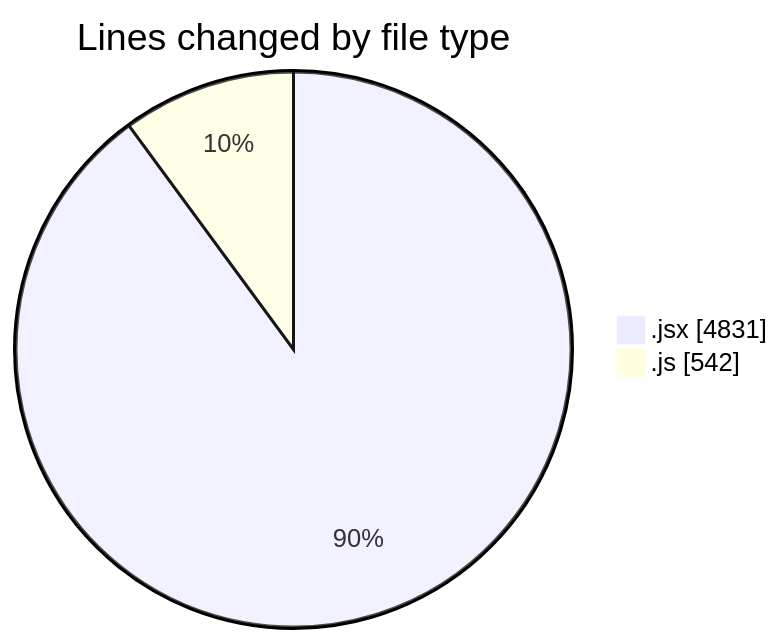
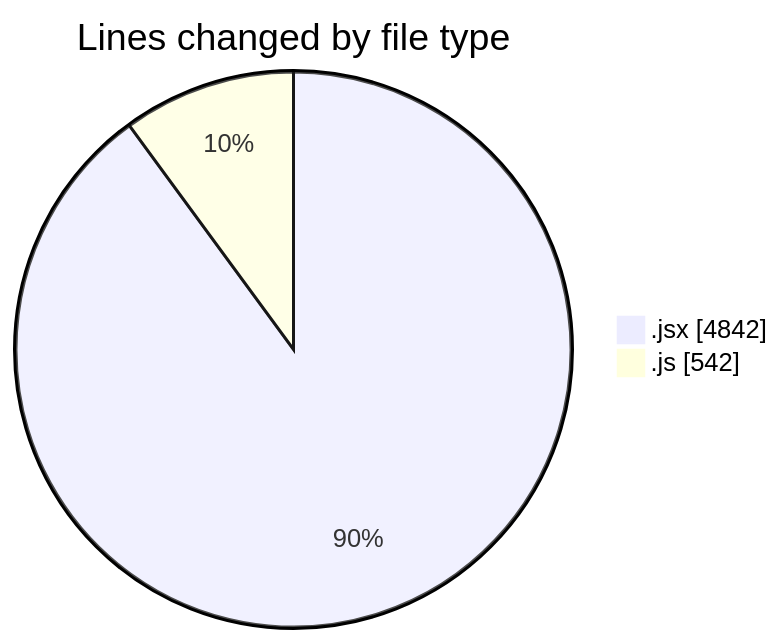
One commit to nxtqubesakshisongat/code-tracking changed the first of 2 diagrams in 2026-01-07/nxtqube_webapp/README.md. Above: the diagram before and after it, drawn with Mermaid. The commit also changed other lines of this file and 1 other file, not shown here.

````diff
--- a/2026-01-07/nxtqube_webapp/README.md
+++ b/2026-01-07/nxtqube_webapp/README.md
@@ -26,6 +26,6 @@
 ```mermaid
 pie showData
 title Lines changed by file type
-".jsx" : 4831
+".jsx" : 4842
 ".js" : 542
 ```
````
